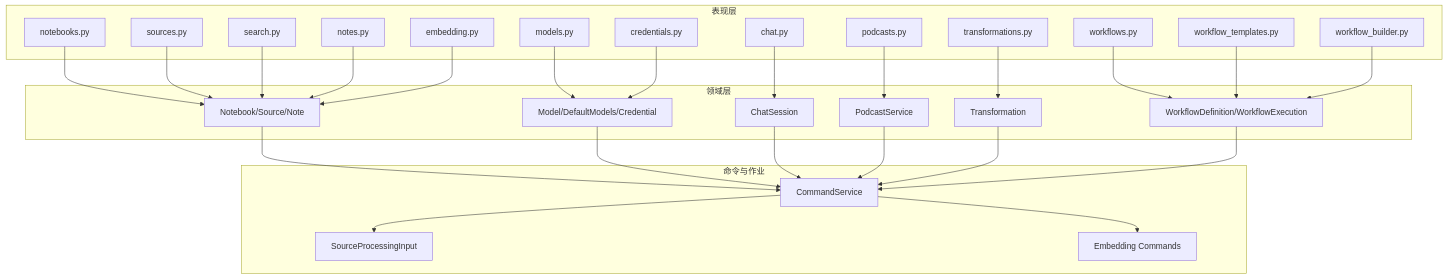
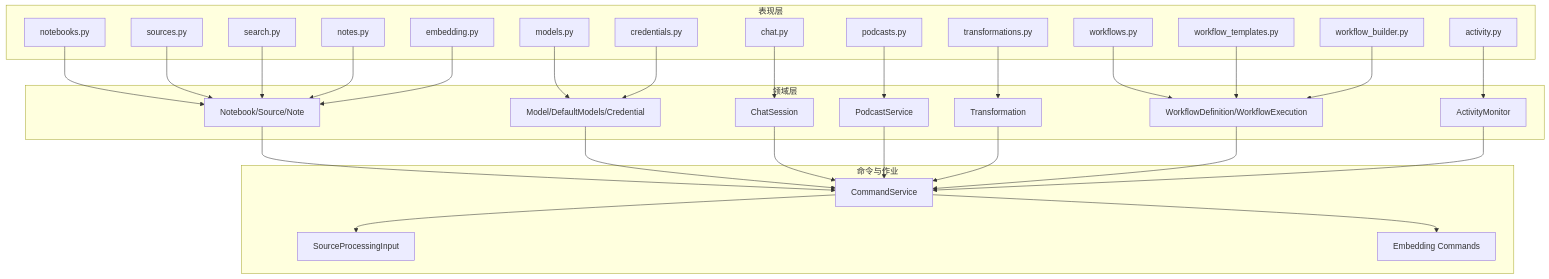
Before and after one commit to jackeyunjie/open-notebook: the second of 4 diagrams in .qoder/repowiki/zh/content/API参考文档/API参考文档.md, drawn with Mermaid. The commit also changed other lines of this file and 51 other files, not shown here.

````diff
--- a/.qoder/repowiki/zh/content/API参考文档/API参考文档.md
+++ b/.qoder/repowiki/zh/content/API参考文档/API参考文档.md
@@ -107,52 +110,56 @@
 ```mermaid
 graph TB
 subgraph "表现层"
 R1["notebooks.py"]
 R2["sources.py"]
 R3["search.py"]
 R4["chat.py"]
 R5["podcasts.py"]
 R6["notes.py"]
 R7["models.py"]
 R8["embedding.py"]
 R9["transformations.py"]
 R10["credentials.py"]
 R11["workflows.py"]
 R12["workflow_templates.py"]
 R13["workflow_builder.py"]
+R14["activity.py"]
 end
 subgraph "领域层"
 M1["Notebook/Source/Note"]
 M2["Model/DefaultModels/Credential"]
 M3["ChatSession"]
 M4["PodcastService"]
 M5["Transformation"]
 M6["WorkflowDefinition/WorkflowExecution"]
+M7["ActivityMonitor"]
 end
 subgraph "命令与作业"
 C1["CommandService"]
 C2["SourceProcessingInput"]
 C3["Embedding Commands"]
 end
 R1 --> M1
 R2 --> M1
 R3 --> M1
 R4 --> M3
 R5 --> M4
 R6 --> M1
 R7 --> M2
 R8 --> M1
 R9 --> M5
 R10 --> M2
 R11 --> M6
 R12 --> M6
 R13 --> M6
+R14 --> M7
 M1 --> C1
 M2 --> C1
 M3 --> C1
 M4 --> C1
 M5 --> C1
 M6 --> C1
+M7 --> C1
 C1 --> C2
 C1 --> C3
 ```
````
